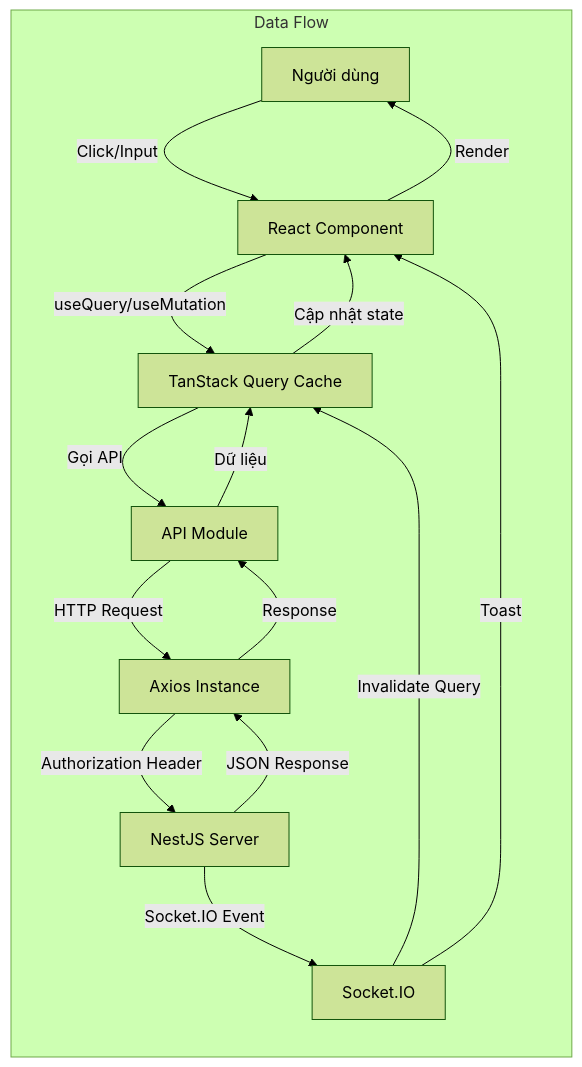
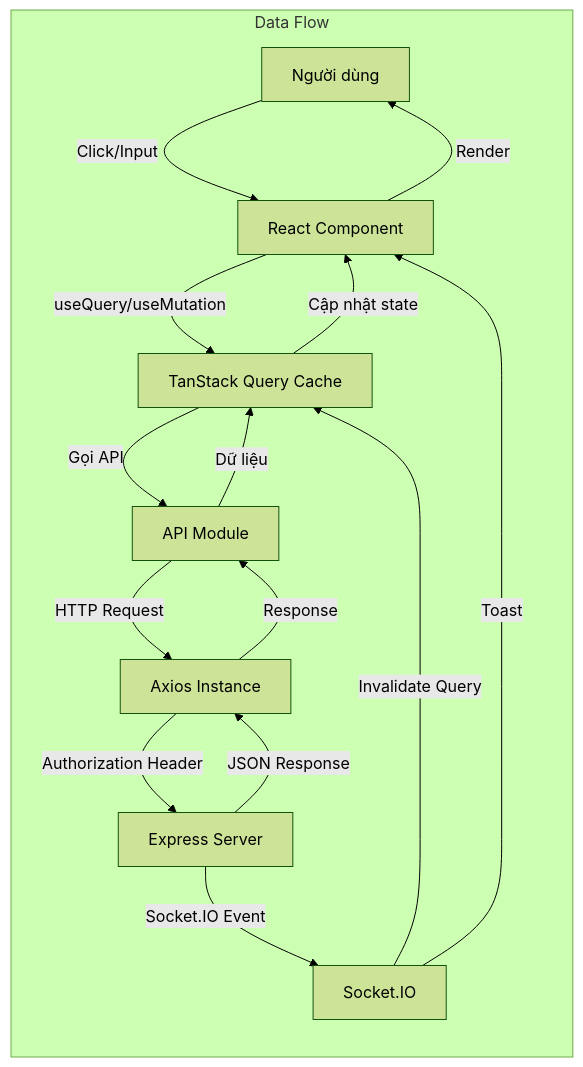
The fifth of 30 diagrams in docs/SDD.md (nghiaxh/hr-management), drawn with Mermaid (forest theme) before and after one commit. The commit also changed other lines of this file and 4 other files, not shown here.

````diff
--- a/docs/SDD.md
+++ b/docs/SDD.md
@@ -406,27 +408,27 @@
 ```mermaid
 graph LR
     subgraph "Data Flow"
         USER[Người dùng]
         COMP[React Component]
         API[API Module]
         AXI[Axios Instance]
         SOCK[Socket.IO]
         QUERY[TanStack Query Cache]
-        SERVER[NestJS Server]
+        SERVER[Express Server]
     end
 
     USER -->|Click/Input| COMP
     COMP -->|useQuery/useMutation| QUERY
     QUERY -->|Gọi API| API
     API -->|HTTP Request| AXI
     AXI -->|Authorization Header| SERVER
     SERVER -->|JSON Response| AXI
     AXI -->|Response| API
     API -->|Dữ liệu| QUERY
     QUERY -->|Cập nhật state| COMP
     COMP -->|Render| USER
 
     SERVER -->|Socket.IO Event| SOCK
     SOCK -->|Invalidate Query| QUERY
     SOCK -->|Toast| COMP
 ```
````
